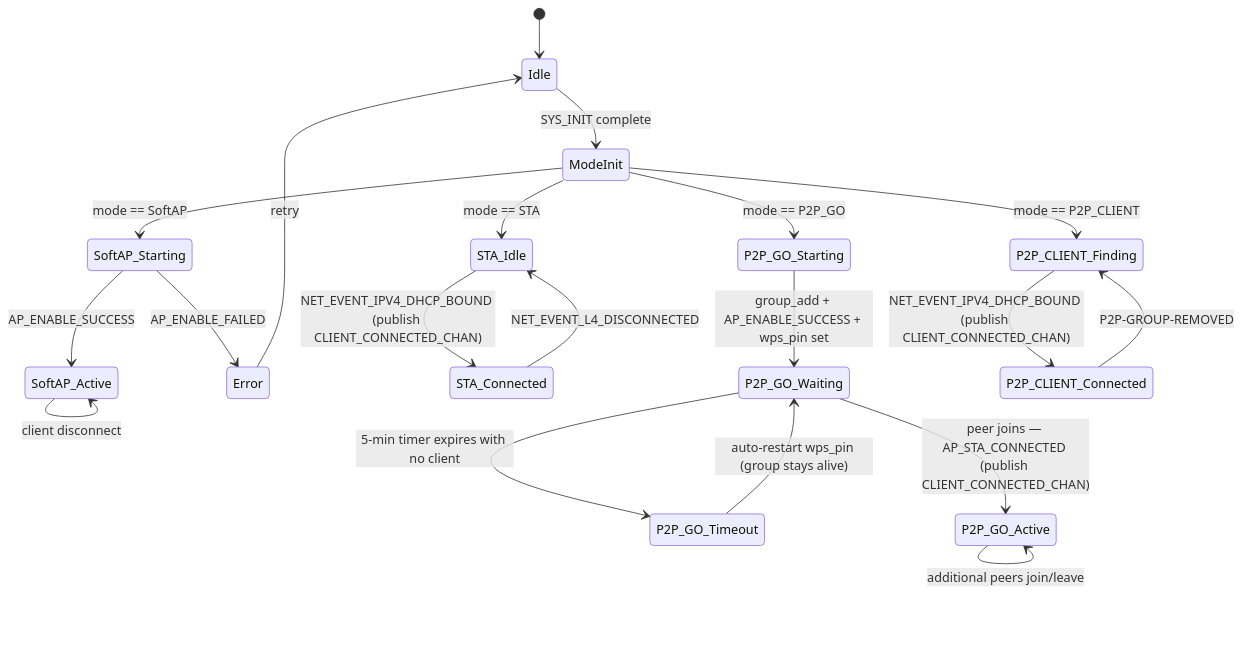
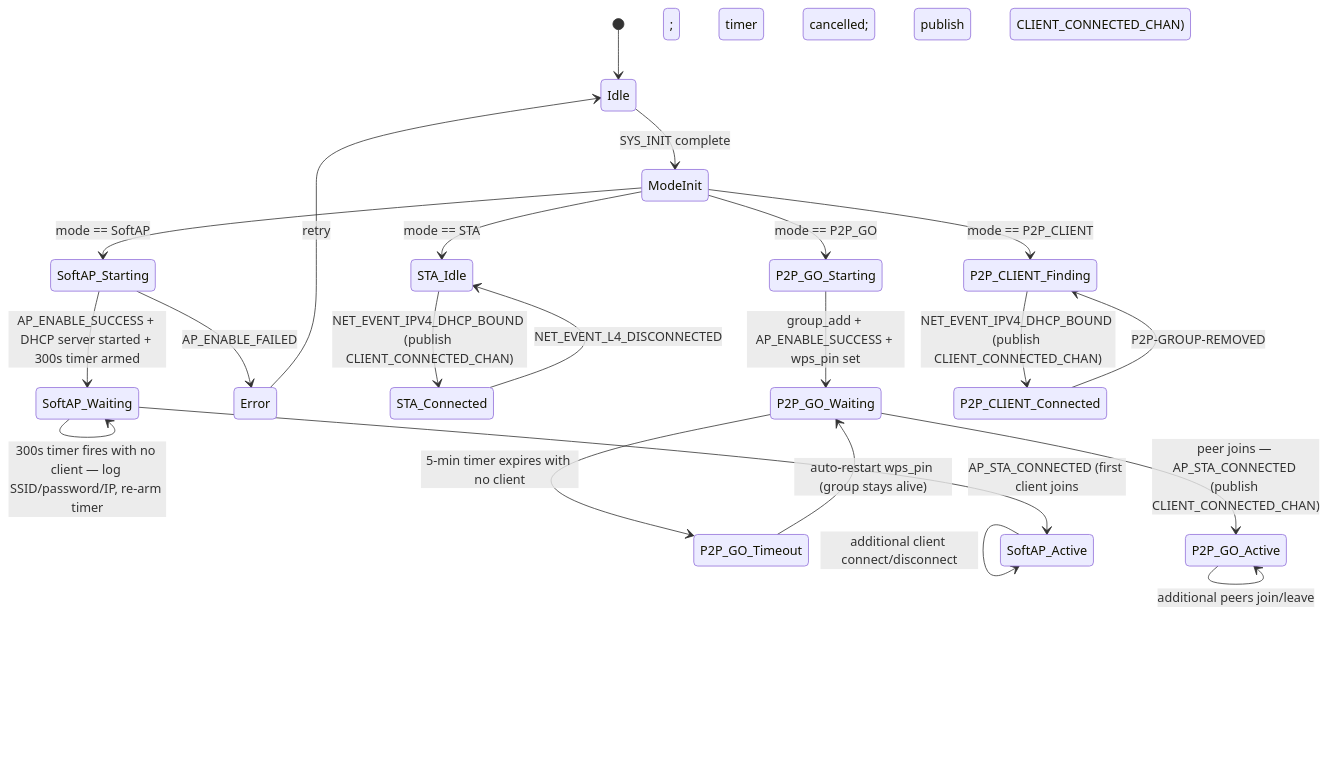
Before and after one commit to chshzh/nordic-wifi-webdash: the first of 5 diagrams in docs/specs/network-module.md, drawn with Mermaid. The commit also changed other lines of this file and 2 other files, not shown here.

````diff
--- a/docs/specs/network-module.md
+++ b/docs/specs/network-module.md
@@ -71,29 +72,30 @@
 ```mermaid
 stateDiagram-v2
     [*] --> Idle
     Idle --> ModeInit: SYS_INIT complete
 
     ModeInit --> SoftAP_Starting: mode == SoftAP
     ModeInit --> STA_Idle: mode == STA
     ModeInit --> P2P_GO_Starting: mode == P2P_GO
     ModeInit --> P2P_CLIENT_Finding: mode == P2P_CLIENT
 
-    SoftAP_Starting --> SoftAP_Active: AP_ENABLE_SUCCESS
+    SoftAP_Starting --> SoftAP_Waiting: AP_ENABLE_SUCCESS + DHCP server started + 300s timer armed
     SoftAP_Starting --> Error: AP_ENABLE_FAILED
-    SoftAP_Active --> SoftAP_Active: client connect (publish CLIENT_CONNECTED_CHAN)
-    SoftAP_Active --> SoftAP_Active: client disconnect
+    SoftAP_Waiting --> SoftAP_Active: AP_STA_CONNECTED (first client joins; timer cancelled; publish CLIENT_CONNECTED_CHAN)
+    SoftAP_Waiting --> SoftAP_Waiting: 300s timer fires with no client — log SSID/password/IP, re-arm timer
+    SoftAP_Active --> SoftAP_Active: additional client connect/disconnect
 
     STA_Idle --> STA_Connected: NET_EVENT_IPV4_DHCP_BOUND (publish CLIENT_CONNECTED_CHAN)
     STA_Connected --> STA_Idle: NET_EVENT_L4_DISCONNECTED
 
     P2P_GO_Starting --> P2P_GO_Waiting: group_add + AP_ENABLE_SUCCESS + wps_pin set
     P2P_GO_Waiting --> P2P_GO_Active: peer joins — AP_STA_CONNECTED (publish CLIENT_CONNECTED_CHAN)
     P2P_GO_Waiting --> P2P_GO_Timeout: 5-min timer expires with no client
     P2P_GO_Timeout --> P2P_GO_Waiting: auto-restart wps_pin (group stays alive)
     P2P_GO_Active --> P2P_GO_Active: additional peers join/leave
 
     P2P_CLIENT_Finding --> P2P_CLIENT_Connected: NET_EVENT_IPV4_DHCP_BOUND (publish CLIENT_CONNECTED_CHAN)
     P2P_CLIENT_Connected --> P2P_CLIENT_Finding: P2P-GROUP-REMOVED
 
     Error --> Idle: retry
 ```
````
